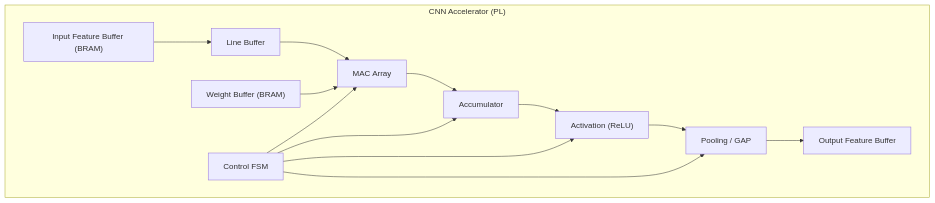
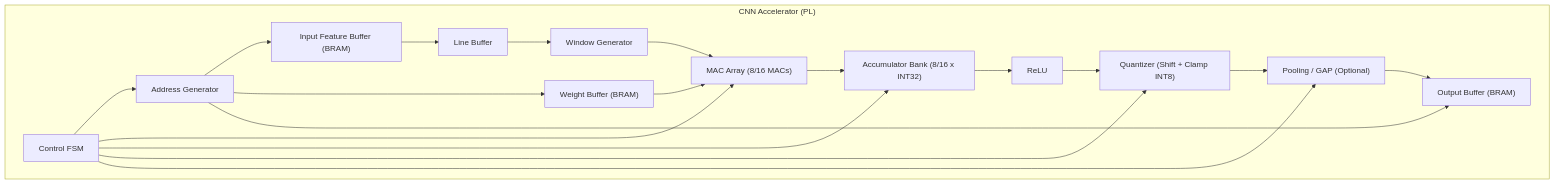
One commit to angel-obando-17/CNN-accelerator-on-SoC changed the fifth of 9 diagrams in Bitacora.md. Above: the diagram before and after it, drawn with Mermaid. The commit also changed other lines of this file, not shown here.

Commit message:
UPDATE: Arquitectura V1.0 Finalizada.

````diff
--- a/Bitacora.md
+++ b/Bitacora.md
@@ -308,28 +327,47 @@
 ```mermaid
 
 flowchart TB
     subgraph CNN["CNN Accelerator (PL)"]
+
+        CTRL["Control FSM"]
+        ADDR["Address Generator"]
+
         IN_BUF["Input Feature Buffer (BRAM)"]
         W_BUF["Weight Buffer (BRAM)"]
+
         LINE["Line Buffer"]
-        MAC["MAC Array"]
-        ACC["Accumulator"]
-        ACT["Activation (ReLU)"]
-        POOL["Pooling / GAP"]
-        OUT_BUF["Output Feature Buffer"]
-        CTRL["Control FSM"]
+        WIN["Window Generator"]
 
+        MAC["MAC Array (8/16 MACs)"]
+        ACC["Accumulator Bank (8/16 x INT32)"]
+
+        RELU["ReLU"]
+        QUANT["Quantizer (Shift + Clamp INT8)"]
+
+        POOL["Pooling / GAP (Optional)"]
+
+        OUT_BUF["Output Buffer (BRAM)"]
+
+        %% Data path
         IN_BUF --> LINE
-        LINE --> MAC
+        LINE --> WIN
+        WIN --> MAC
         W_BUF --> MAC
         MAC --> ACC
-        ACC --> ACT
-        ACT --> POOL
+        ACC --> RELU
+        RELU --> QUANT
+        QUANT --> POOL
         POOL --> OUT_BUF
 
+        %% Control path
+        CTRL --> ADDR
         CTRL --> MAC
         CTRL --> ACC
-        CTRL --> ACT
+        CTRL --> QUANT
         CTRL --> POOL
+        ADDR --> IN_BUF
+        ADDR --> W_BUF
+        ADDR --> OUT_BUF
+
     end
 ```
````
